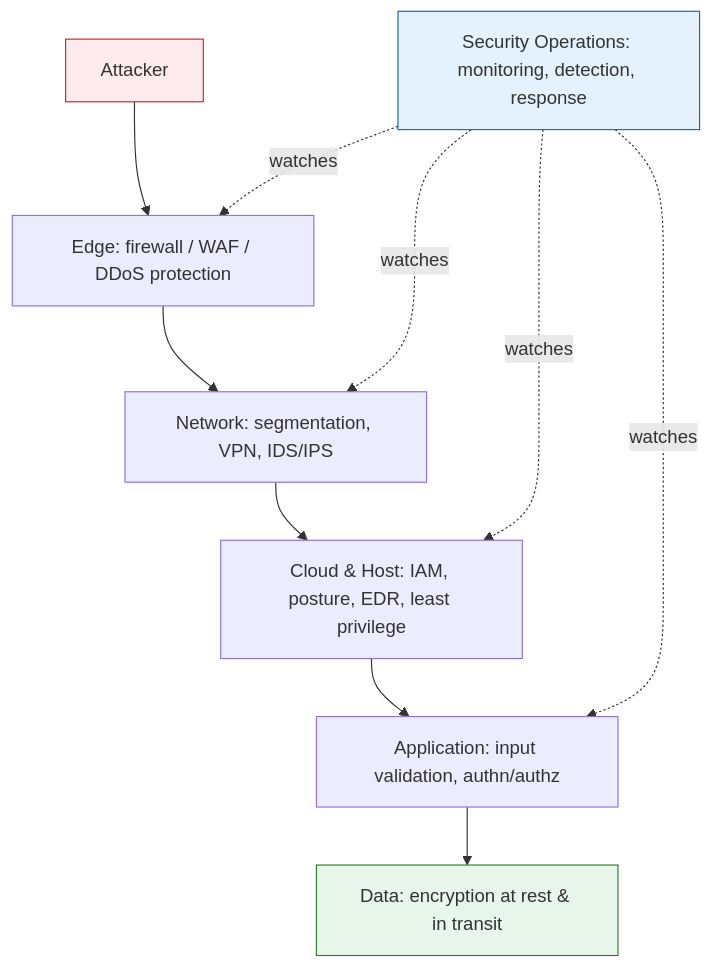
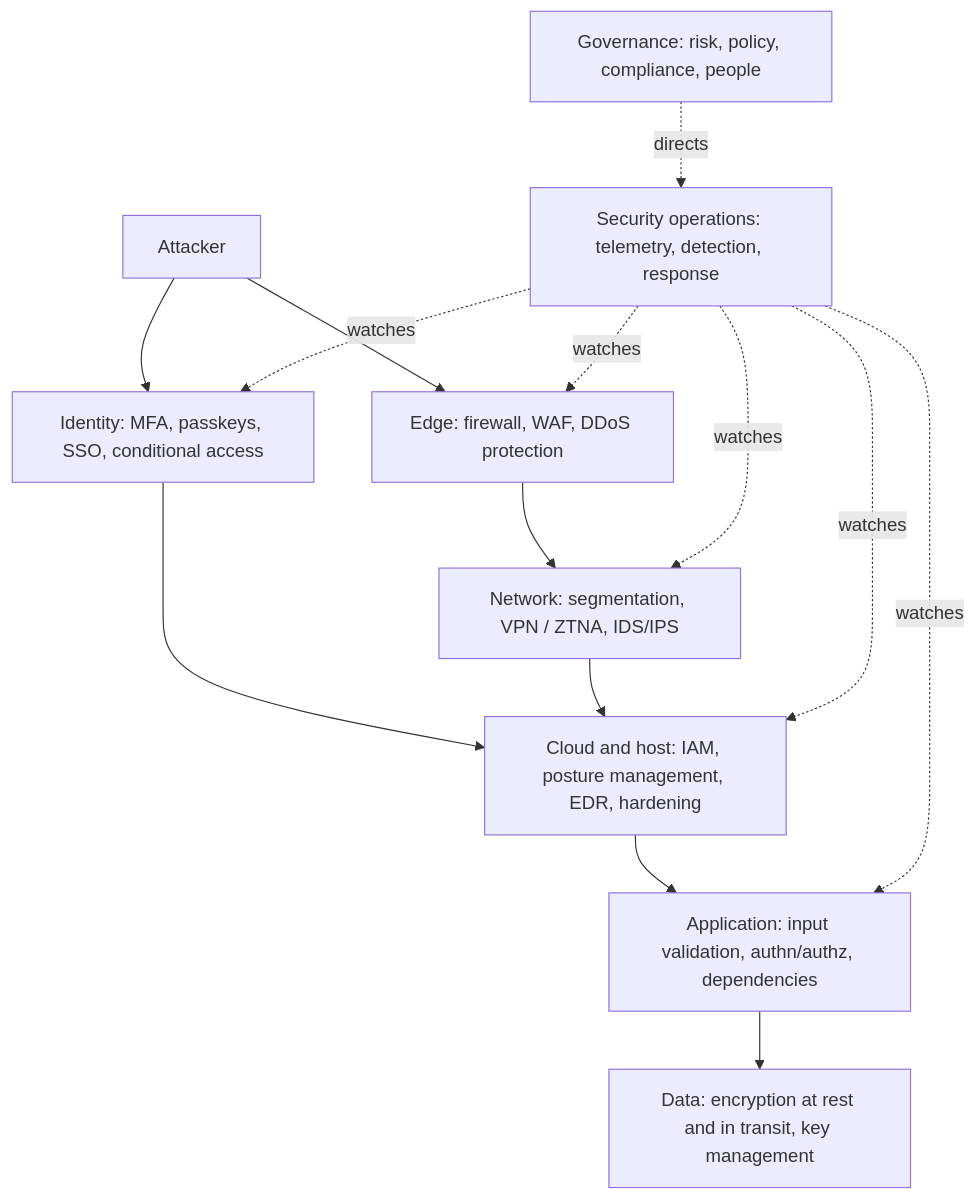
Before and after one commit to AndrewAltimit/Documentation: the diagram in github-pages/docs/technology/cybersecurity/index.md, drawn with Mermaid. The commit also changed other lines of this file and 240 other files, not shown here.

````diff
--- a/github-pages/docs/technology/cybersecurity/index.md
+++ b/github-pages/docs/technology/cybersecurity/index.md
@@ -20,15 +34,16 @@
 ```mermaid
 flowchart TD
-    A["Attacker"] --> E["Edge: firewall / WAF / DDoS protection"]
-    E --> N["Network: segmentation, VPN, IDS/IPS"]
-    N --> C["Cloud & Host: IAM, posture, EDR, least privilege"]
-    C --> APP["Application: input validation, authn/authz"]
-    APP --> D["Data: encryption at rest & in transit"]
-    SOC["Security Operations: monitoring, detection, response"] -.watches.-> E
+    A["Attacker"] --> ID["Identity: MFA, passkeys, SSO, conditional access"]
+    A --> E["Edge: firewall, WAF, DDoS protection"]
+    E --> N["Network: segmentation, VPN / ZTNA, IDS/IPS"]
+    ID --> C["Cloud and host: IAM, posture management, EDR, hardening"]
+    N --> C
+    C --> APP["Application: input validation, authn/authz, dependencies"]
+    APP --> D["Data: encryption at rest and in transit, key management"]
+    SOC["Security operations: telemetry, detection, response"] -.watches.-> ID
+    SOC -.watches.-> E
     SOC -.watches.-> N
     SOC -.watches.-> C
     SOC -.watches.-> APP
-    style A fill:#ffebee,stroke:#c62828
-    style D fill:#e8f5e9,stroke:#2e7d32
-    style SOC fill:#e3f2fd,stroke:#1565c0
+    GOV["Governance: risk, policy, compliance, people"] -.directs.-> SOC
 ```
````
